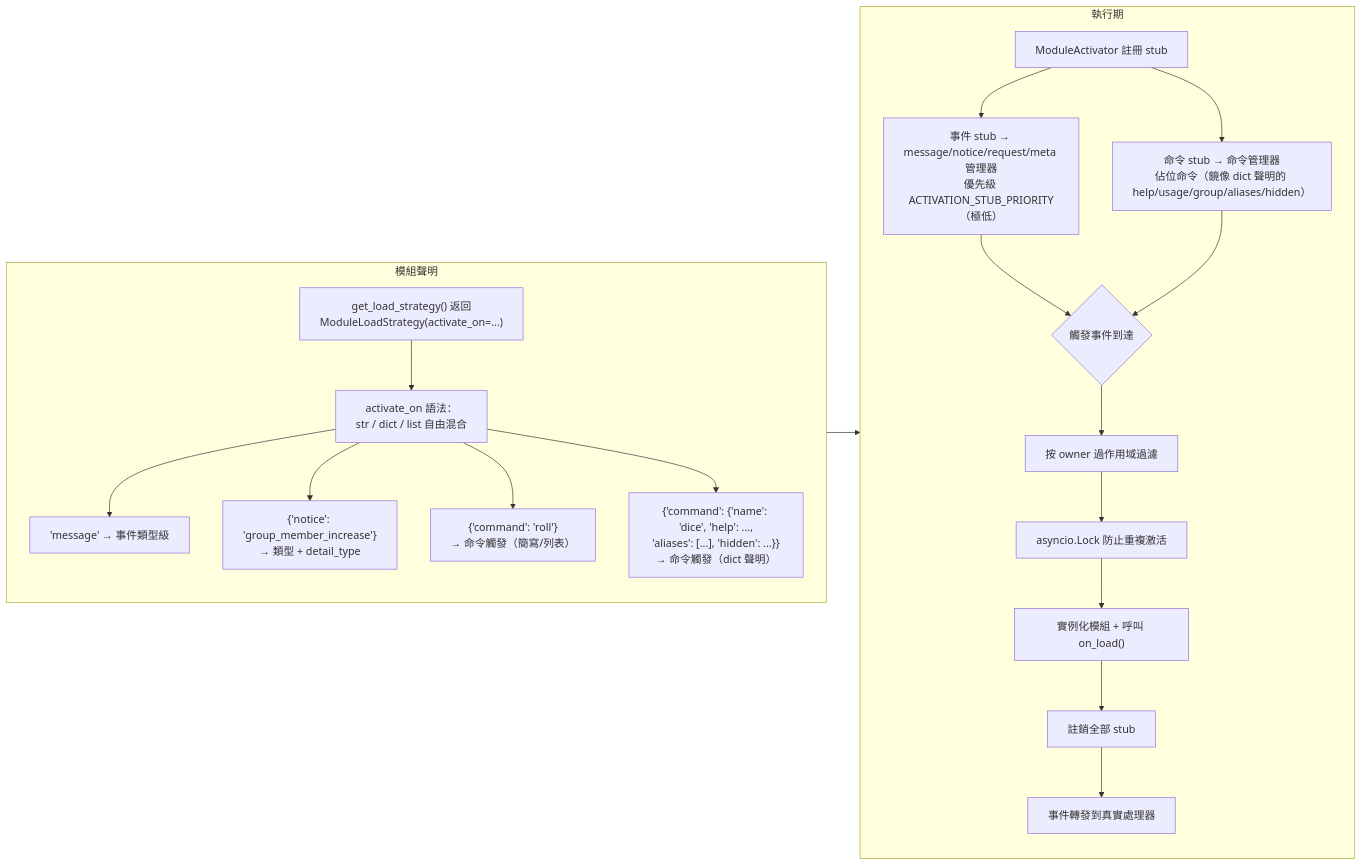
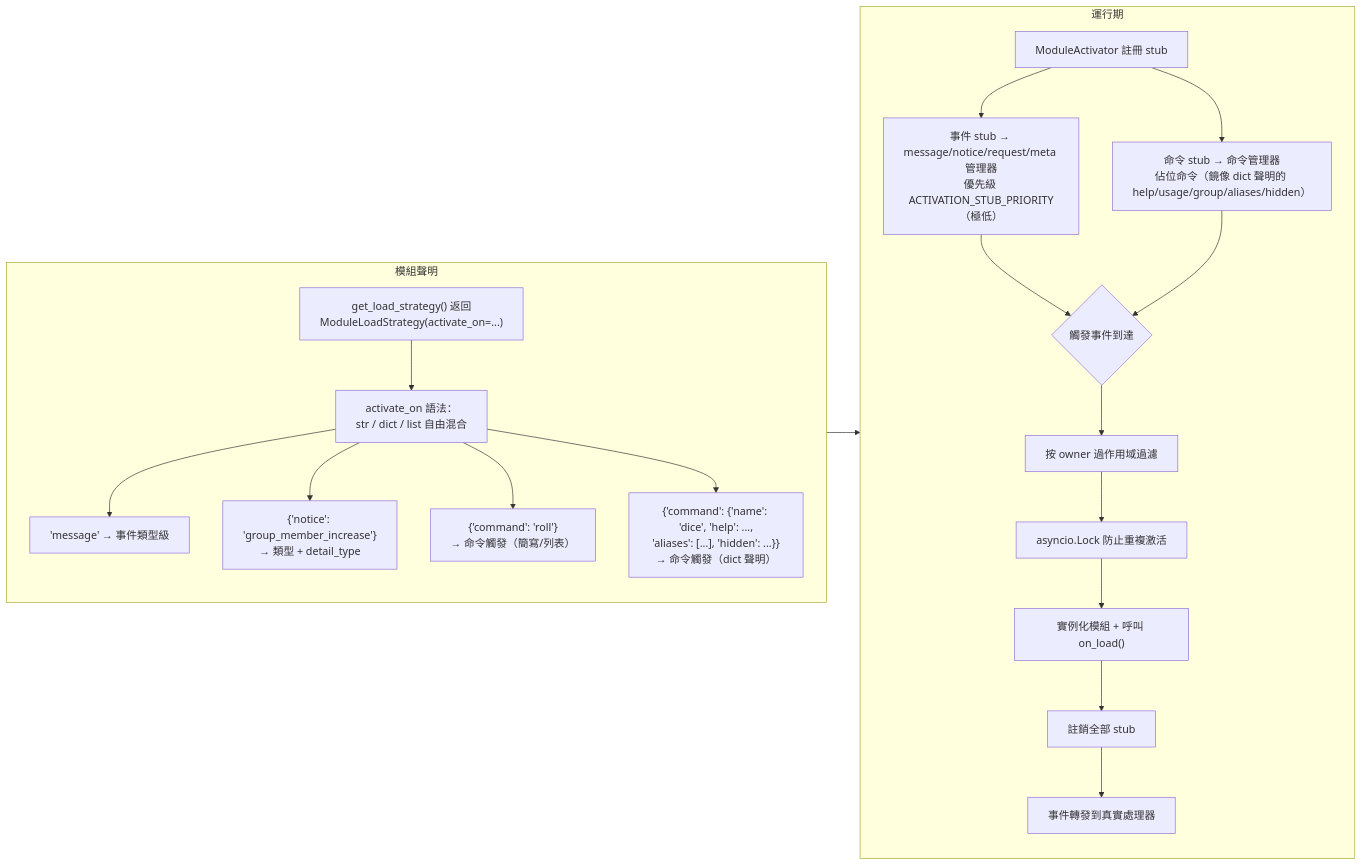
One commit to ErisPulse/ErisPulse changed the seventh of 9 diagrams in docs/zh-TW/architecture.md. Above: the diagram before and after it, drawn with Mermaid. The commit also changed other lines of this file and 79 other files, not shown here.

````diff
--- a/docs/zh-TW/architecture.md
+++ b/docs/zh-TW/architecture.md
@@ -222,24 +222,24 @@
 ```mermaid
 flowchart LR
     subgraph Declare["模組聲明"]
         S1["get_load_strategy() 返回<br/>ModuleLoadStrategy(activate_on=...)"] --> S2["activate_on 語法：<br/>str / dict / list 自由混合"]
         S2 --> S2a["'message' → 事件類型級"]
         S2 --> S2b["{'notice': 'group_member_increase'}<br/>→ 類型 + detail_type"]
         S2 --> S2c["{'command': 'roll'}<br/>→ 命令觸發（簡寫/列表）"]
         S2 --> S2d["{'command': {'name': 'dice', 'help': ...,<br/>'aliases': [...], 'hidden': ...}}<br/>→ 命令觸發（dict 聲明）"]
     end
 
-    subgraph Runtime["執行期"]
+    subgraph Runtime["運行期"]
         R1["ModuleActivator 註冊 stub"] --> R1a["事件 stub → message/notice/request/meta 管理器<br/>優先級 ACTIVATION_STUB_PRIORITY（極低）"]
         R1 --> R1b["命令 stub → 命令管理器<br/>佔位命令（鏡像 dict 聲明的 help/usage/group/aliases/hidden）"]
         R1a --> R2{"觸發事件到達"}
         R1b --> R2
         R2 --> R3["按 owner 過作用域過濾"]
         R3 --> R4["asyncio.Lock 防止重複激活"]
         R4 --> R5["實例化模組 + 呼叫 on_load()"]
         R5 --> R6["註銷全部 stub"]
         R6 --> R7["事件轉發到真實處理器"]
     end
 
     Declare --> Runtime
 ```
````
